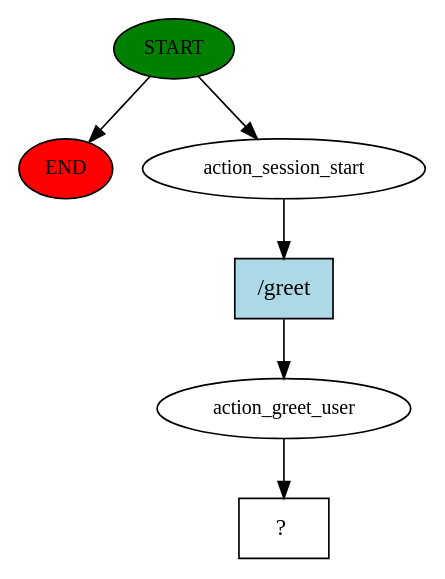
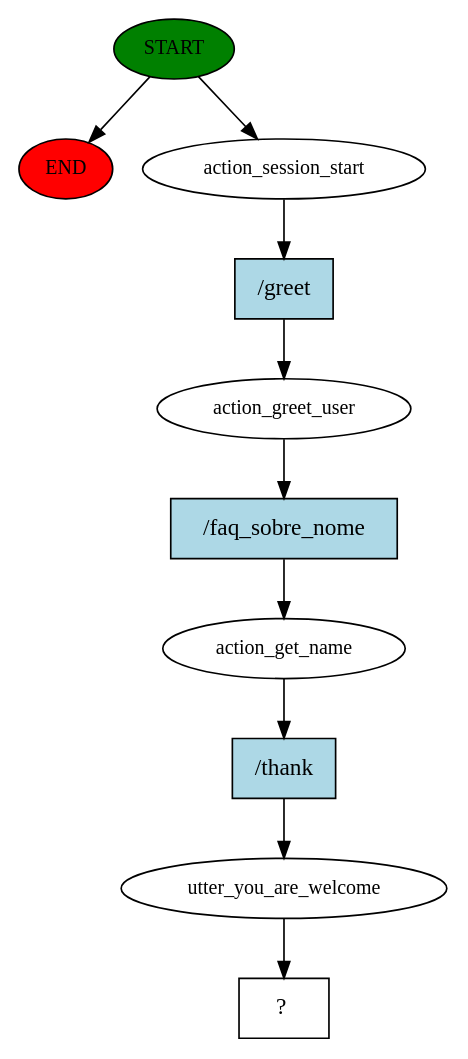
One commit to ThiagoBmg/rasa-bot changed the diagram in story_graph.dot. Above: the diagram before and after it, drawn with Graphviz. The commit also changed 10 other files, not shown here.

```diff
--- a/story_graph.dot
+++ b/story_graph.dot
@@ -1,13 +1,21 @@
 digraph  {
 0 [class="start active", fillcolor=green, fontsize=12, label=START, style=filled];
 "-1" [class=end, fillcolor=red, fontsize=12, label=END, style=filled];
 1 [class=active, fontsize=12, label=action_session_start];
 2 [class=active, fontsize=12, label=action_greet_user];
-3 [class="intent dashed active", label="  ?  ", shape=rect];
-4 [class="intent active", fillcolor=lightblue, label="/greet", shape=rect, style=filled];
+3 [class=active, fontsize=12, label=action_get_name];
+4 [class=active, fontsize=12, label=utter_you_are_welcome];
+5 [class="intent dashed active", label="  ?  ", shape=rect];
+6 [class="intent active", fillcolor=lightblue, label="/greet", shape=rect, style=filled];
+7 [class="intent active", fillcolor=lightblue, label="/faq_sobre_nome", shape=rect, style=filled];
+8 [class="intent active", fillcolor=lightblue, label="/thank", shape=rect, style=filled];
 0 -> "-1"  [class="", key=NONE, label=""];
 0 -> 1  [class=active, key=NONE, label=""];
-1 -> 4  [class=active, key=0];
-2 -> 3  [class=active, key=NONE, label=""];
-4 -> 2  [class=active, key=0];
+1 -> 6  [class=active, key=0];
+2 -> 7  [class=active, key=0];
+3 -> 8  [class=active, key=0];
+4 -> 5  [class=active, key=NONE, label=""];
+6 -> 2  [class=active, key=0];
+7 -> 3  [class=active, key=0];
+8 -> 4  [class=active, key=0];
 }
```
